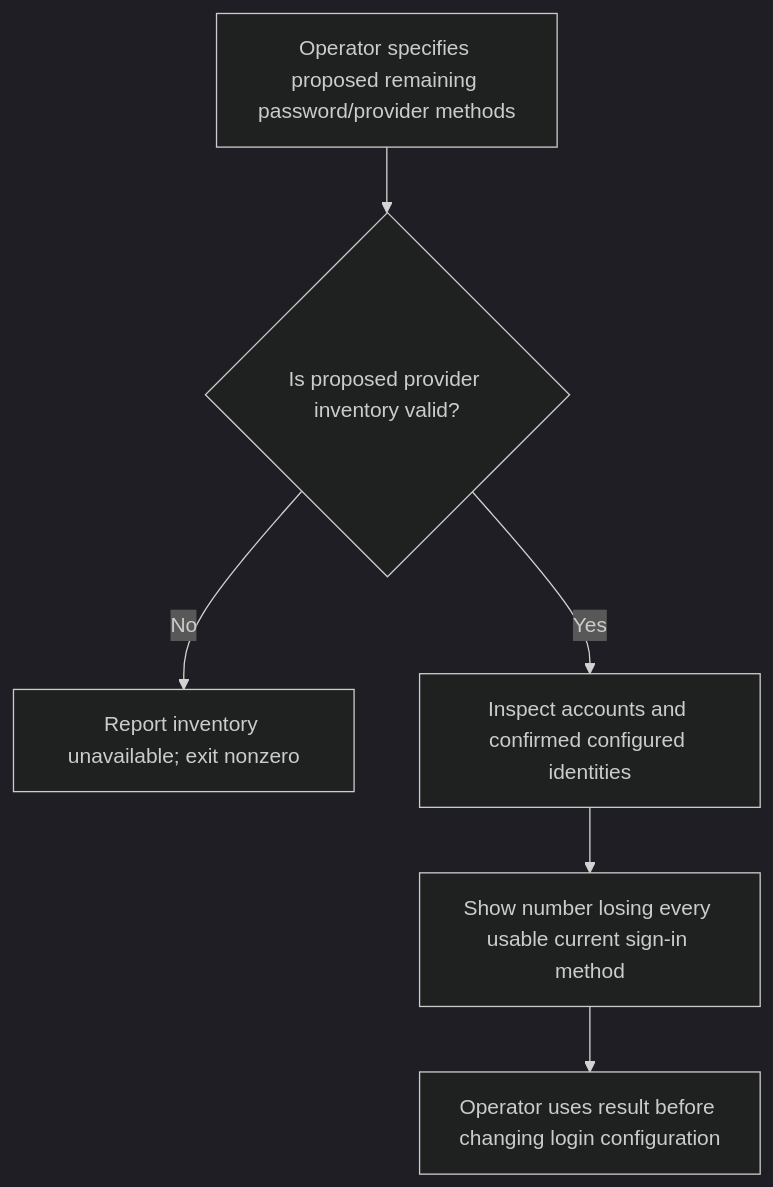
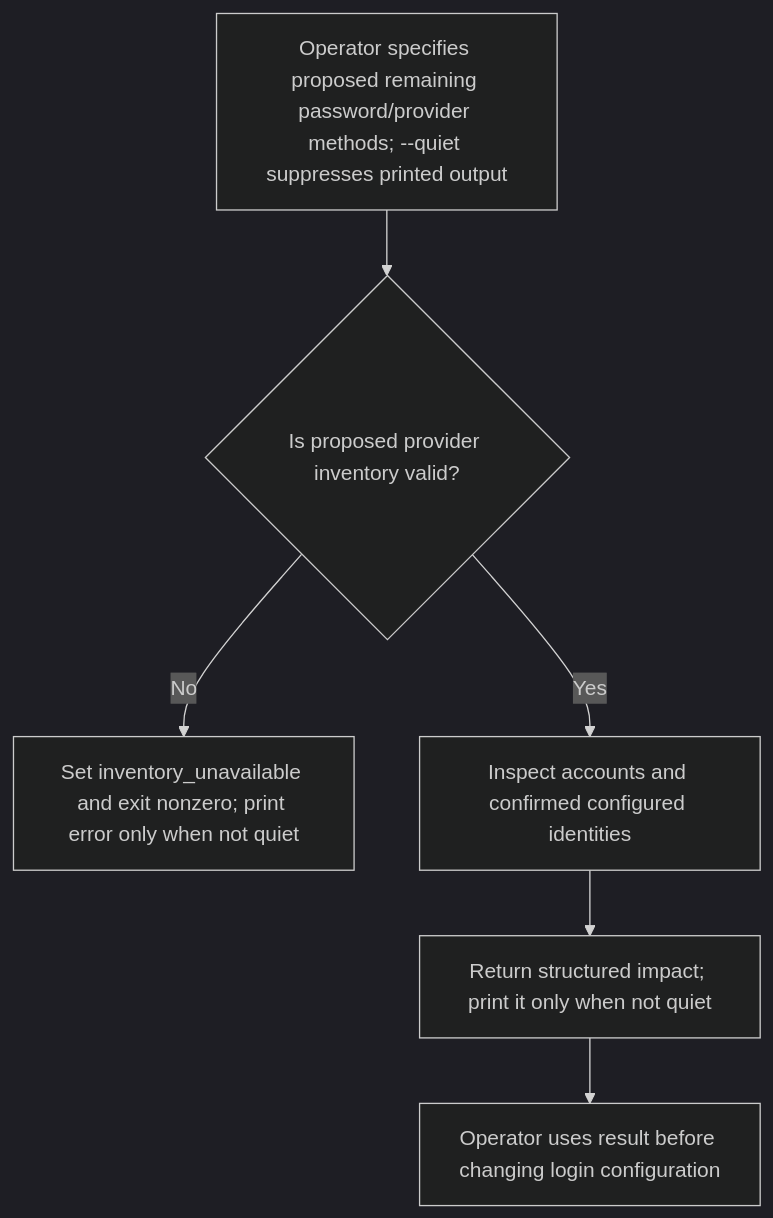
The first of 2 diagrams in user-stories/US-ACCOUNT-44-check-login-retirement-impact.md (Kevinjohn/oss-adonisjs-account-kit), drawn with Mermaid (dark theme) before and after one commit. The commit also changed other lines of this file and 15 other files, not shown here.

````diff
--- a/user-stories/US-ACCOUNT-44-check-login-retirement-impact.md
+++ b/user-stories/US-ACCOUNT-44-check-login-retirement-impact.md
@@ -19,8 +19,8 @@
 ```mermaid
 flowchart TD
- A["Operator specifies proposed remaining password/provider methods"] --> B{"Is proposed provider inventory valid?"}
- B -->|No| C["Report inventory unavailable; exit nonzero"]
+ A["Operator specifies proposed remaining password/provider methods; --quiet suppresses printed output"] --> B{"Is proposed provider inventory valid?"}
+ B -->|No| C["Set inventory_unavailable and exit nonzero; print error only when not quiet"]
  B -->|Yes| D["Inspect accounts and confirmed configured identities"]
- D --> E["Show number losing every usable current sign-in method"]
+ D --> E["Return structured impact; print it only when not quiet"]
  E --> F["Operator uses result before changing login configuration"]
 ```
````
